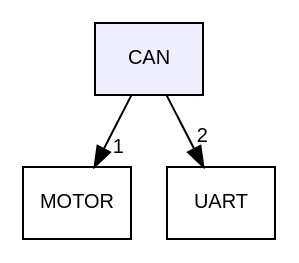
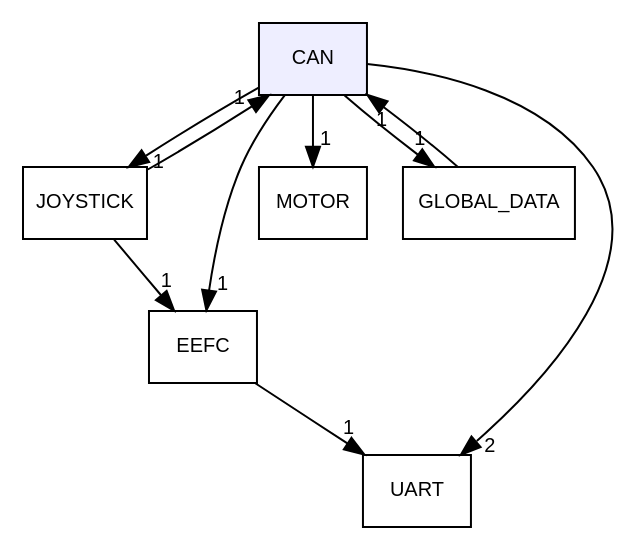
One commit to Sivaranjith1/Ping_Pong_embedded_project changed the diagram in docs/atsam3x8e/dir_85f99c390bf4c27b62435416daf93629_dep.dot. Above: the diagram before and after it, drawn with Graphviz. The commit also changed 142 other files, not shown here.

```diff
--- a/docs/atsam3x8e/dir_85f99c390bf4c27b62435416daf93629_dep.dot
+++ b/docs/atsam3x8e/dir_85f99c390bf4c27b62435416daf93629_dep.dot
@@ -1,10 +1,20 @@
 digraph "CAN" {
   compound=true
   node [ fontsize="10", fontname="Helvetica"];
   edge [ labelfontsize="10", labelfontname="Helvetica"];
   dir_85f99c390bf4c27b62435416daf93629 [shape=box, label="CAN", style="filled", fillcolor="#eeeeff", pencolor="black", URL="dir_85f99c390bf4c27b62435416daf93629.html"];
+  dir_4f27e7031cf9911b67acf8207f7744bb [shape=box label="JOYSTICK" URL="dir_4f27e7031cf9911b67acf8207f7744bb.html"];
+  dir_7951fa9e96d04dd67aa350de3a644ce0 [shape=box label="EEFC" URL="dir_7951fa9e96d04dd67aa350de3a644ce0.html"];
   dir_0a69cf46a61eed75dfa538db18e69e1d [shape=box label="MOTOR" URL="dir_0a69cf46a61eed75dfa538db18e69e1d.html"];
+  dir_44a5a6bb2d0311402a695e793fbbe5ac [shape=box label="GLOBAL_DATA" URL="dir_44a5a6bb2d0311402a695e793fbbe5ac.html"];
   dir_ebc9cec7537ff1d4a79631ef79929747 [shape=box label="UART" URL="dir_ebc9cec7537ff1d4a79631ef79929747.html"];
+  dir_4f27e7031cf9911b67acf8207f7744bb->dir_7951fa9e96d04dd67aa350de3a644ce0 [headlabel="1", labeldistance=1.5 headhref="dir_000006_000004.html"];
+  dir_4f27e7031cf9911b67acf8207f7744bb->dir_85f99c390bf4c27b62435416daf93629 [headlabel="1", labeldistance=1.5 headhref="dir_000006_000001.html"];
+  dir_7951fa9e96d04dd67aa350de3a644ce0->dir_ebc9cec7537ff1d4a79631ef79929747 [headlabel="1", labeldistance=1.5 headhref="dir_000004_000011.html"];
+  dir_85f99c390bf4c27b62435416daf93629->dir_4f27e7031cf9911b67acf8207f7744bb [headlabel="1", labeldistance=1.5 headhref="dir_000001_000006.html"];
+  dir_85f99c390bf4c27b62435416daf93629->dir_7951fa9e96d04dd67aa350de3a644ce0 [headlabel="1", labeldistance=1.5 headhref="dir_000001_000004.html"];
   dir_85f99c390bf4c27b62435416daf93629->dir_0a69cf46a61eed75dfa538db18e69e1d [headlabel="1", labeldistance=1.5 headhref="dir_000001_000007.html"];
-  dir_85f99c390bf4c27b62435416daf93629->dir_ebc9cec7537ff1d4a79631ef79929747 [headlabel="2", labeldistance=1.5 headhref="dir_000001_000010.html"];
+  dir_85f99c390bf4c27b62435416daf93629->dir_44a5a6bb2d0311402a695e793fbbe5ac [headlabel="1", labeldistance=1.5 headhref="dir_000001_000005.html"];
+  dir_85f99c390bf4c27b62435416daf93629->dir_ebc9cec7537ff1d4a79631ef79929747 [headlabel="2", labeldistance=1.5 headhref="dir_000001_000011.html"];
+  dir_44a5a6bb2d0311402a695e793fbbe5ac->dir_85f99c390bf4c27b62435416daf93629 [headlabel="1", labeldistance=1.5 headhref="dir_000005_000001.html"];
 }
```
